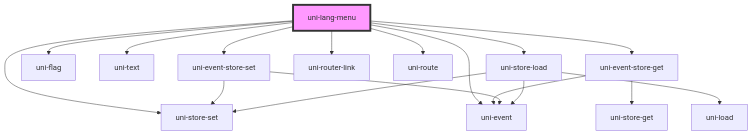
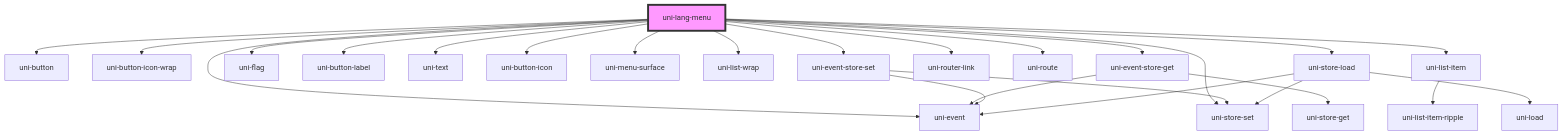
One commit to uiregex/uni-localize changed the diagram in src/lang-menu/components/@main/readme.md. Above: the diagram before and after it, drawn with Mermaid. The commit also changed other lines of this file and 6 other files, not shown here.

````diff
--- a/src/lang-menu/components/@main/readme.md
+++ b/src/lang-menu/components/@main/readme.md
@@ -40,20 +47,28 @@
 ```mermaid
 graph TD;
+  uni-lang-menu --> uni-event
   uni-lang-menu --> uni-store-set
+  uni-lang-menu --> uni-button
+  uni-lang-menu --> uni-button-icon-wrap
   uni-lang-menu --> uni-event-store-get
   uni-lang-menu --> uni-flag
+  uni-lang-menu --> uni-button-label
   uni-lang-menu --> uni-text
+  uni-lang-menu --> uni-button-icon
+  uni-lang-menu --> uni-menu-surface
+  uni-lang-menu --> uni-list-wrap
   uni-lang-menu --> uni-event-store-set
   uni-lang-menu --> uni-router-link
   uni-lang-menu --> uni-route
-  uni-lang-menu --> uni-event
+  uni-lang-menu --> uni-list-item
   uni-lang-menu --> uni-store-load
   uni-event-store-get --> uni-event
   uni-event-store-get --> uni-store-get
   uni-event-store-set --> uni-event
   uni-event-store-set --> uni-store-set
+  uni-list-item --> uni-list-item-ripple
   uni-store-load --> uni-event
   uni-store-load --> uni-store-set
   uni-store-load --> uni-load
   style uni-lang-menu fill:#f9f,stroke:#333,stroke-width:4px
 ```
````
